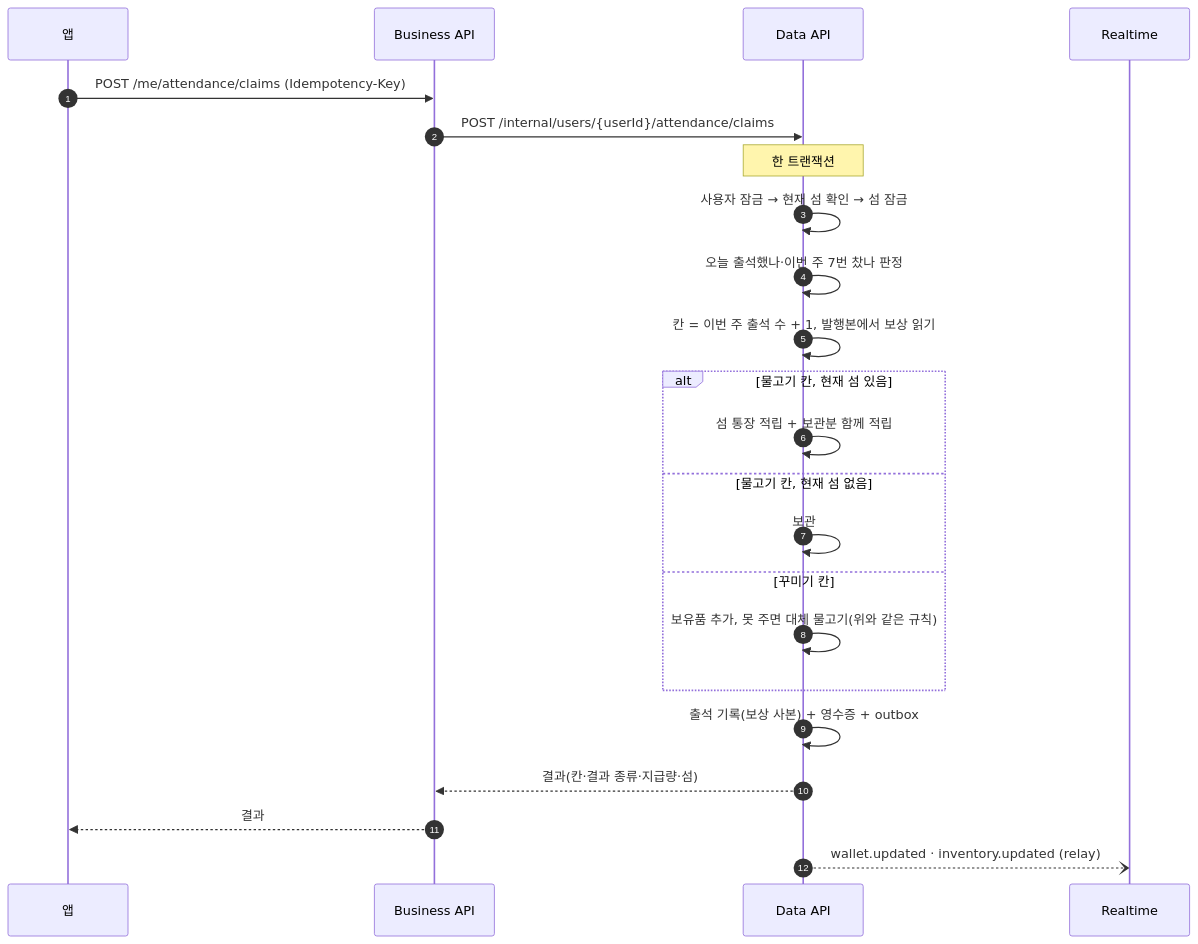
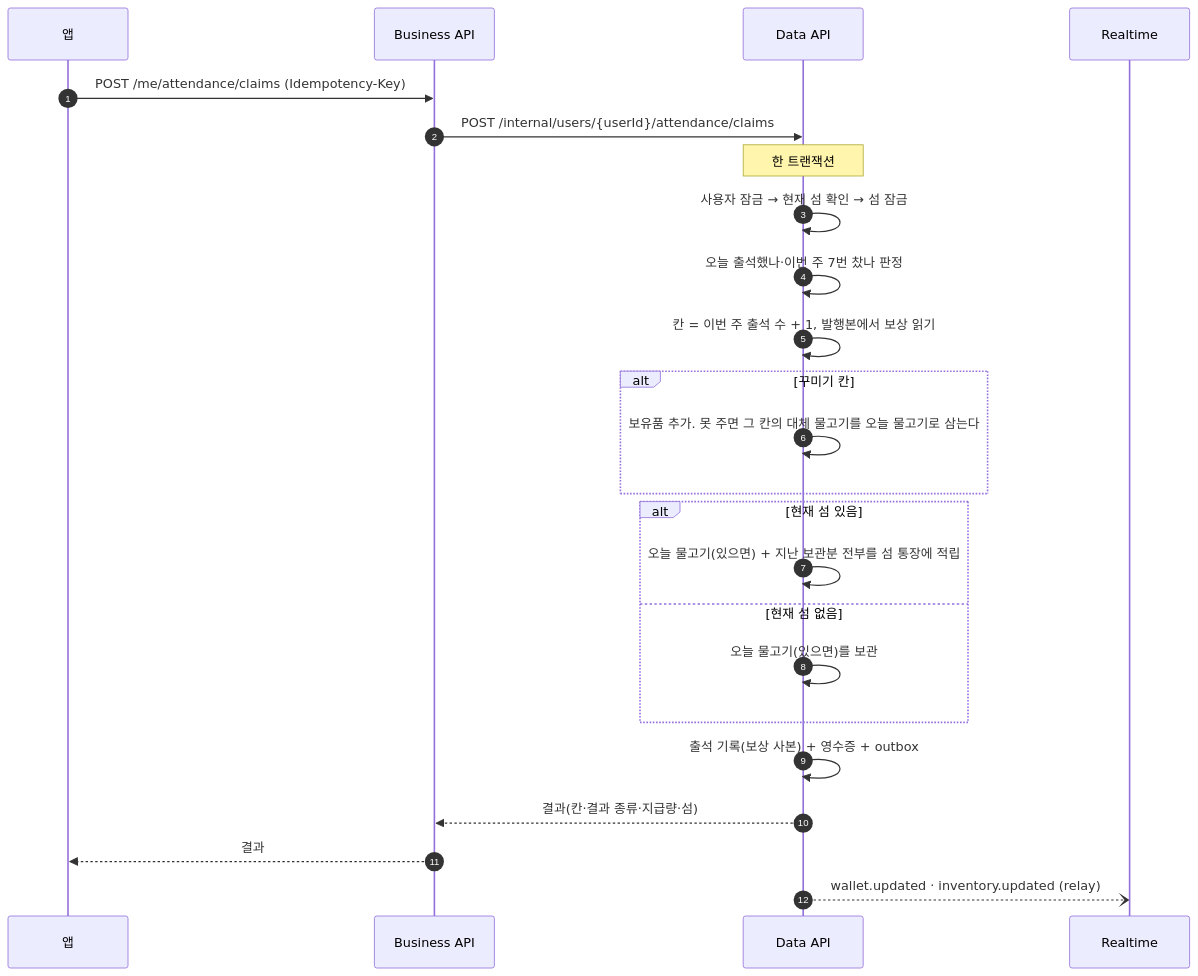
Before and after one commit to OneOrThree/phone: the third of 4 diagrams in docs/prd/fishcat/attendance/high-level-design.md, drawn with Mermaid. The commit also changed other lines of this file, not shown here.

First line of the commit message:
[CHORE] GROMO-2857 꾸미기 칸에서도 보관 물고기를 넣고 자동 열림을 서버 노출로 판정한다

````diff
--- a/docs/prd/fishcat/attendance/high-level-design.md
+++ b/docs/prd/fishcat/attendance/high-level-design.md
@@ -100,25 +100,26 @@
 ```mermaid
 sequenceDiagram
   autonumber
   participant A as 앱
   participant B as Business API
   participant D as Data API
   participant R as Realtime
   A->>B: POST /me/attendance/claims (Idempotency-Key)
   B->>D: POST /internal/users/{userId}/attendance/claims
   Note over D: 한 트랜잭션
   D->>D: 사용자 잠금 → 현재 섬 확인 → 섬 잠금
   D->>D: 오늘 출석했나·이번 주 7번 찼나 판정
   D->>D: 칸 = 이번 주 출석 수 + 1, 발행본에서 보상 읽기
-  alt 물고기 칸, 현재 섬 있음
-    D->>D: 섬 통장 적립 + 보관분 함께 적립
-  else 물고기 칸, 현재 섬 없음
-    D->>D: 보관
-  else 꾸미기 칸
-    D->>D: 보유품 추가, 못 주면 대체 물고기(위와 같은 규칙)
+  alt 꾸미기 칸
+    D->>D: 보유품 추가. 못 주면 그 칸의 대체 물고기를 오늘 물고기로 삼는다
+  end
+  alt 현재 섬 있음
+    D->>D: 오늘 물고기(있으면) + 지난 보관분 전부를 섬 통장에 적립
+  else 현재 섬 없음
+    D->>D: 오늘 물고기(있으면)를 보관
   end
   D->>D: 출석 기록(보상 사본) + 영수증 + outbox
   D-->>B: 결과(칸·결과 종류·지급량·섬)
   B-->>A: 결과
   D--)R: wallet.updated · inventory.updated (relay)
 ```
````
